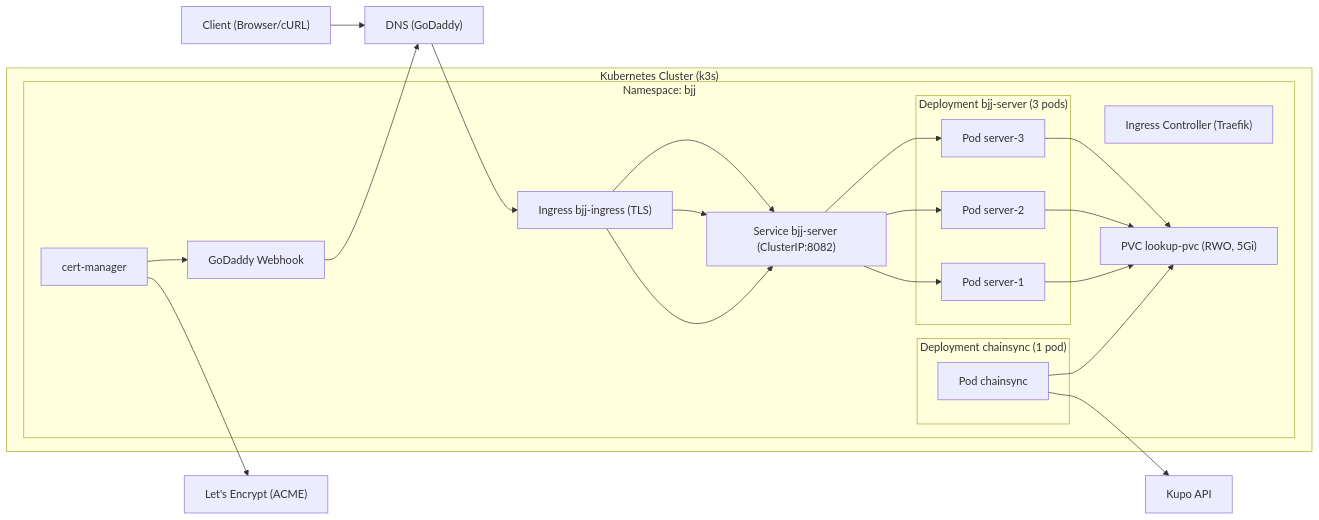
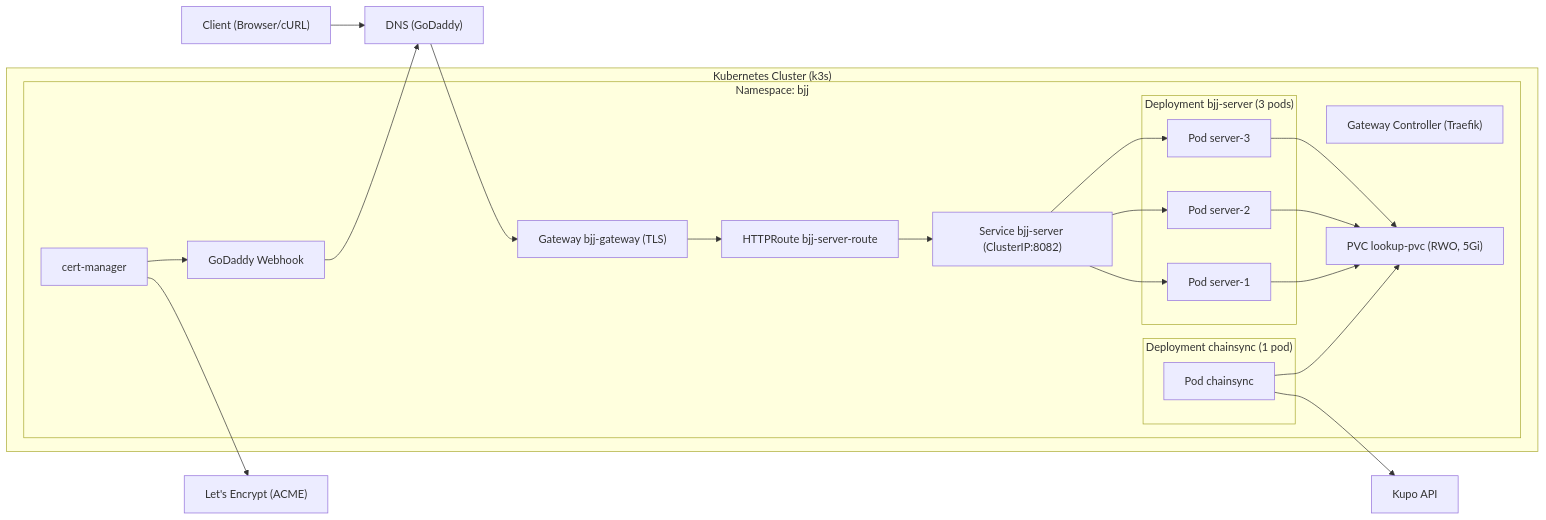
The diagram in k8s/README-Deploy-RO.md (en7angled/Decentralized-Belt-System), drawn with Mermaid before and after one commit. The commit also changed other lines of this file and 1 other file, not shown here.

Commit message:
docs(k8s): update to Gateway API flow – replace Ingress with Gateway/HTTPRoute + Certificate; update commands, troubleshooting, and architecture diagram

````diff
--- a/k8s/README-Deploy-RO.md
+++ b/k8s/README-Deploy-RO.md
@@ -332,41 +342,42 @@
 ```mermaid
 graph LR
   user["Client (Browser/cURL)"]
   dns["DNS (GoDaddy)"]
   le["Let's Encrypt (ACME)"]
   kupo["Kupo API"]
 
   subgraph "Kubernetes Cluster (k3s)"
     subgraph "Namespace: bjj"
-      traefik["Ingress Controller (Traefik)"]
-      ingress["Ingress bjj-ingress (TLS)"]
+      traefik["Gateway Controller (Traefik)"]
+      gateway["Gateway bjj-gateway (TLS)"]
+      route["HTTPRoute bjj-server-route"]
       svc["Service bjj-server (ClusterIP:8082)"]
       subgraph "Deployment bjj-server (3 pods)"
         server1["Pod server-1"]
         server2["Pod server-2"]
         server3["Pod server-3"]
       end
       subgraph "Deployment chainsync (1 pod)"
         cs["Pod chainsync"]
       end
       pvc["PVC lookup-pvc (RWO, 5Gi)"]
       cm["cert-manager"]
       gdw["GoDaddy Webhook"]
     end
   end
 
-  user --> dns --> ingress
-  ingress --> svc --> server1
-  ingress --> svc --> server2
-  ingress --> svc --> server3
+  user --> dns --> gateway --> route --> svc
+  svc --> server1
+  svc --> server2
+  svc --> server3
 
   cs --> pvc
   server1 --> pvc
   server2 --> pvc
   server3 --> pvc
 
   cm --> gdw --> dns
   cm --> le
 
   cs --> kupo
 ```
````
